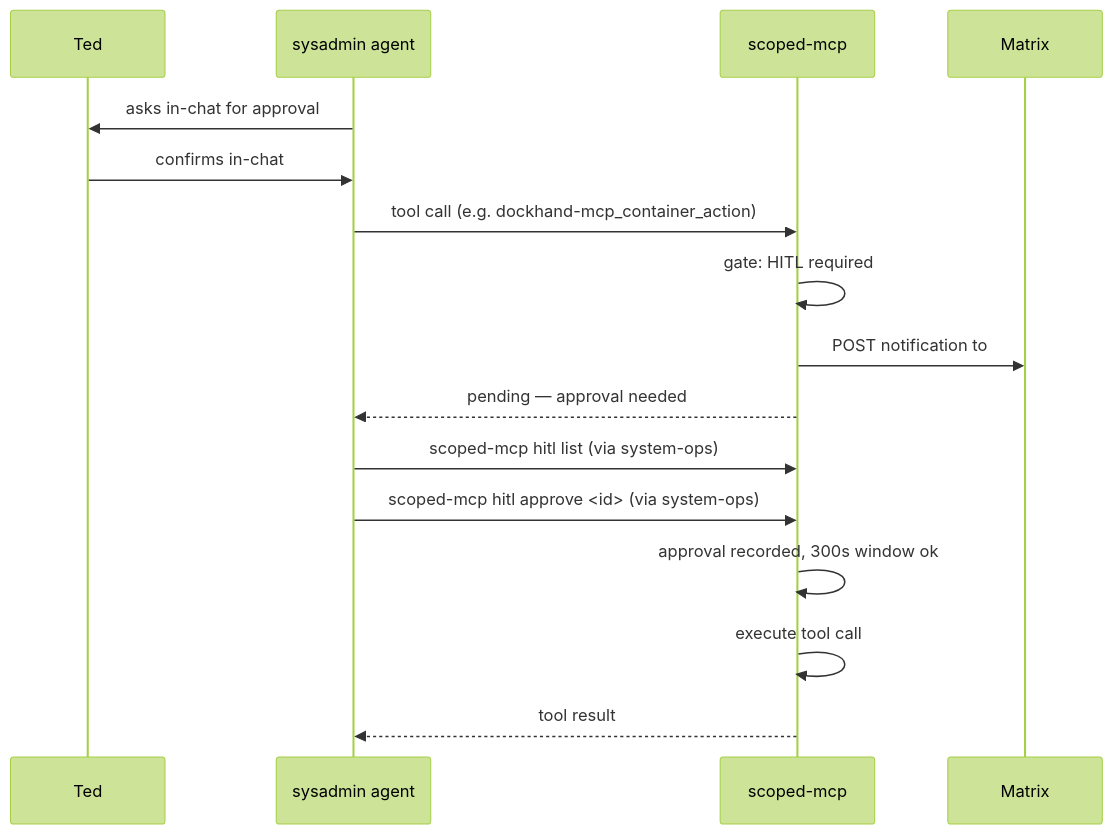
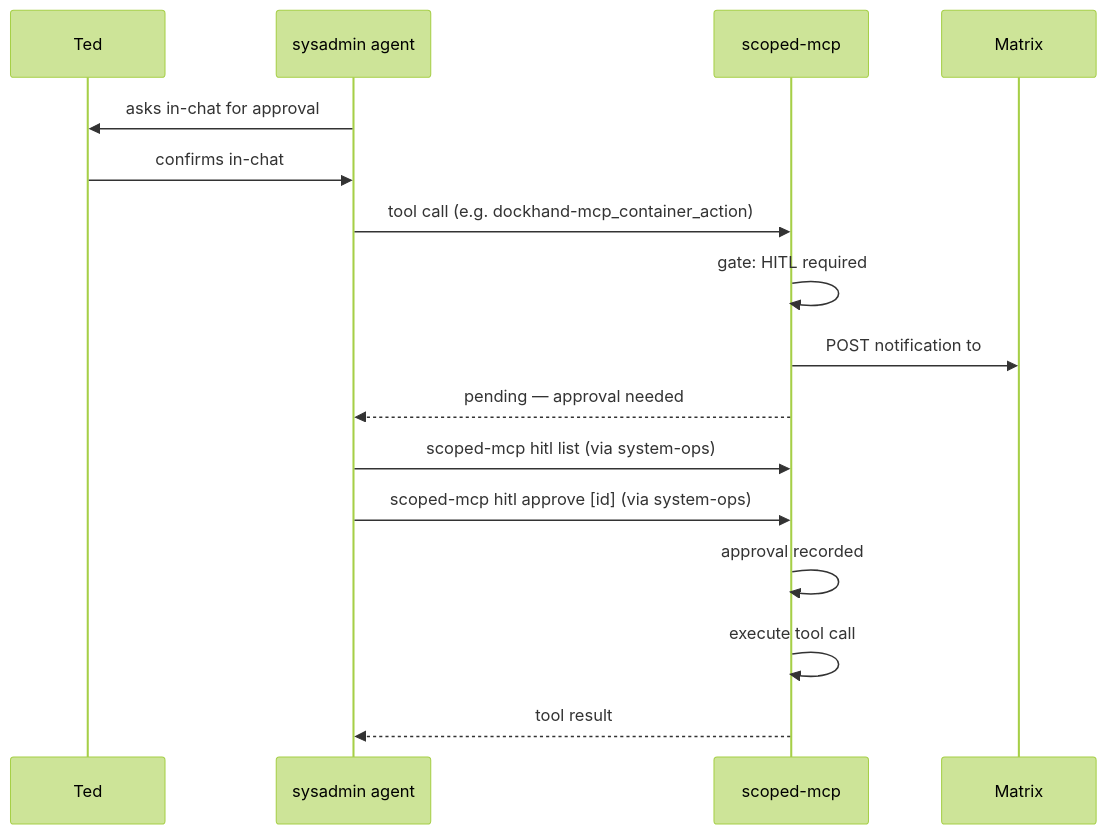
Before and after one commit to TadMSTR/homelab-agent: the second of 3 diagrams in docs/components/agent/scoped-mcp.md, drawn with Mermaid (forest theme). The commit also changed other lines of this file, not shown here.

First line of the commit message:
Rewrite scoped-mcp.md as reference doc, fix Mermaid diagrams

````diff
--- a/docs/components/agent/scoped-mcp.md
+++ b/docs/components/agent/scoped-mcp.md
@@ -213,21 +166,21 @@
 ```mermaid
 sequenceDiagram
     participant Ted
     participant Agent as sysadmin agent
     participant SM as scoped-mcp
     participant Matrix
 
     Agent->>Ted: asks in-chat for approval
     Ted->>Agent: confirms in-chat
 
     Agent->>SM: tool call (e.g. dockhand-mcp_container_action)
     SM->>SM: gate: HITL required
-    SM->>Matrix: POST notification to #forge (notify only)
+    SM->>Matrix: POST notification to #forge
     SM-->>Agent: pending — approval needed
 
     Agent->>SM: scoped-mcp hitl list (via system-ops)
-    Agent->>SM: scoped-mcp hitl approve <id> (via system-ops)
-    SM->>SM: approval recorded, 300s window ok
+    Agent->>SM: scoped-mcp hitl approve [id] (via system-ops)
+    SM->>SM: approval recorded
     SM->>SM: execute tool call
     SM-->>Agent: tool result
 ```
````
